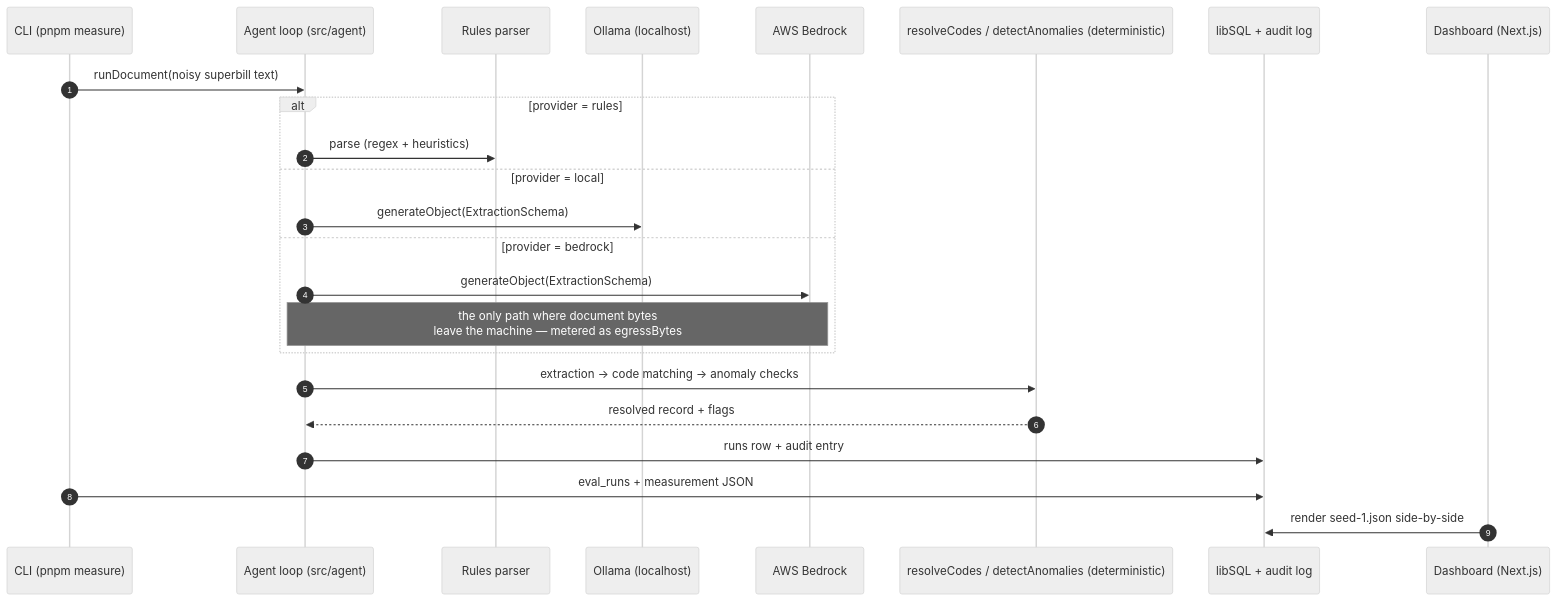
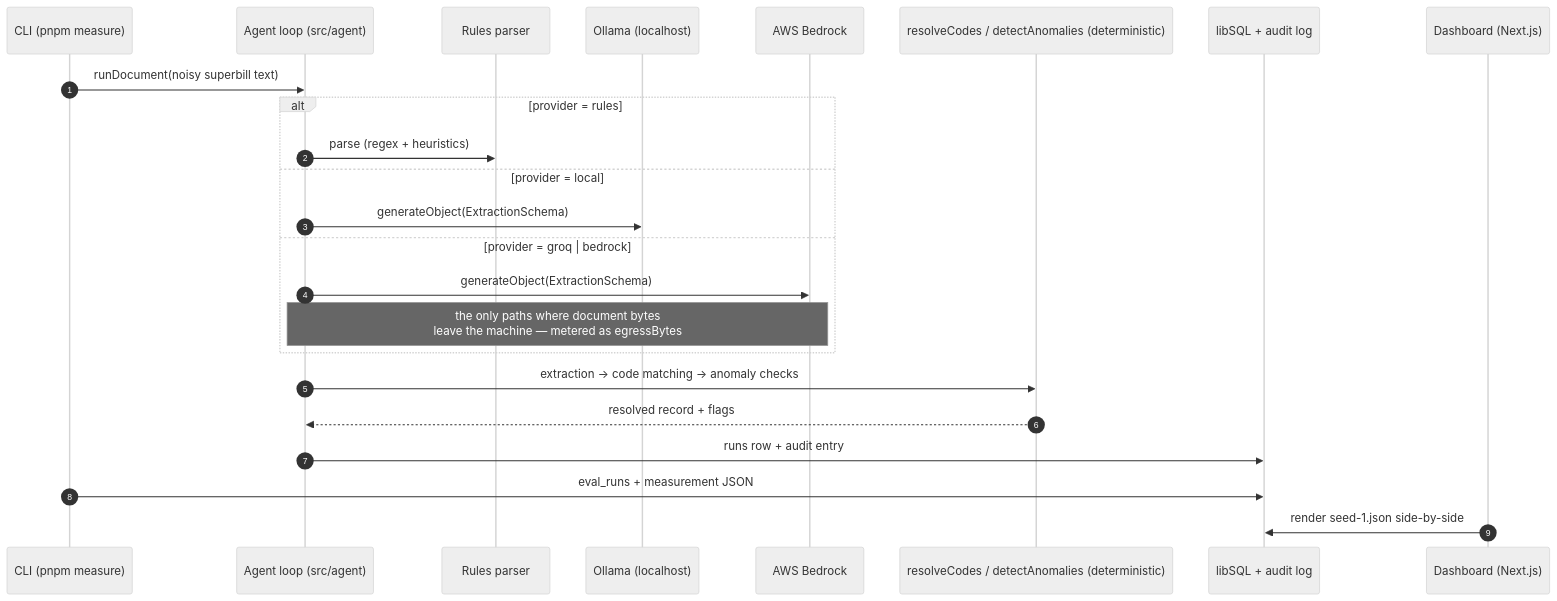
The diagram in README.md (Builder106/enclave), drawn with Mermaid (neutral theme) before and after one commit. The commit also changed other lines of this file and 6 other files, not shown here.

First line of the commit message:
feat: Groq as fourth provider; launchd autopilot for Trial 03

````diff
--- a/README.md
+++ b/README.md
@@ -37,27 +35,27 @@
 ```mermaid
 sequenceDiagram
     autonumber
     participant CLI as CLI (pnpm measure)
     participant Agent as Agent loop (src/agent)
     participant R as Rules parser
     participant L as Ollama (localhost)
     participant B as AWS Bedrock
     participant Det as resolveCodes / detectAnomalies (deterministic)
     participant DB as libSQL + audit log
     participant Dash as Dashboard (Next.js)
 
     CLI->>Agent: runDocument(noisy superbill text)
     alt provider = rules
         Agent->>R: parse (regex + heuristics)
     else provider = local
         Agent->>L: generateObject(ExtractionSchema)
-    else provider = bedrock
+    else provider = groq | bedrock
         Agent->>B: generateObject(ExtractionSchema)
-        Note over Agent,B: the only path where document bytes<br/>leave the machine — metered as egressBytes
+        Note over Agent,B: the only paths where document bytes<br/>leave the machine — metered as egressBytes
     end
     Agent->>Det: extraction → code matching → anomaly checks
     Det-->>Agent: resolved record + flags
     Agent->>DB: runs row + audit entry
     CLI->>DB: eval_runs + measurement JSON
     Dash->>DB: render seed-1.json side-by-side
 ```
````
